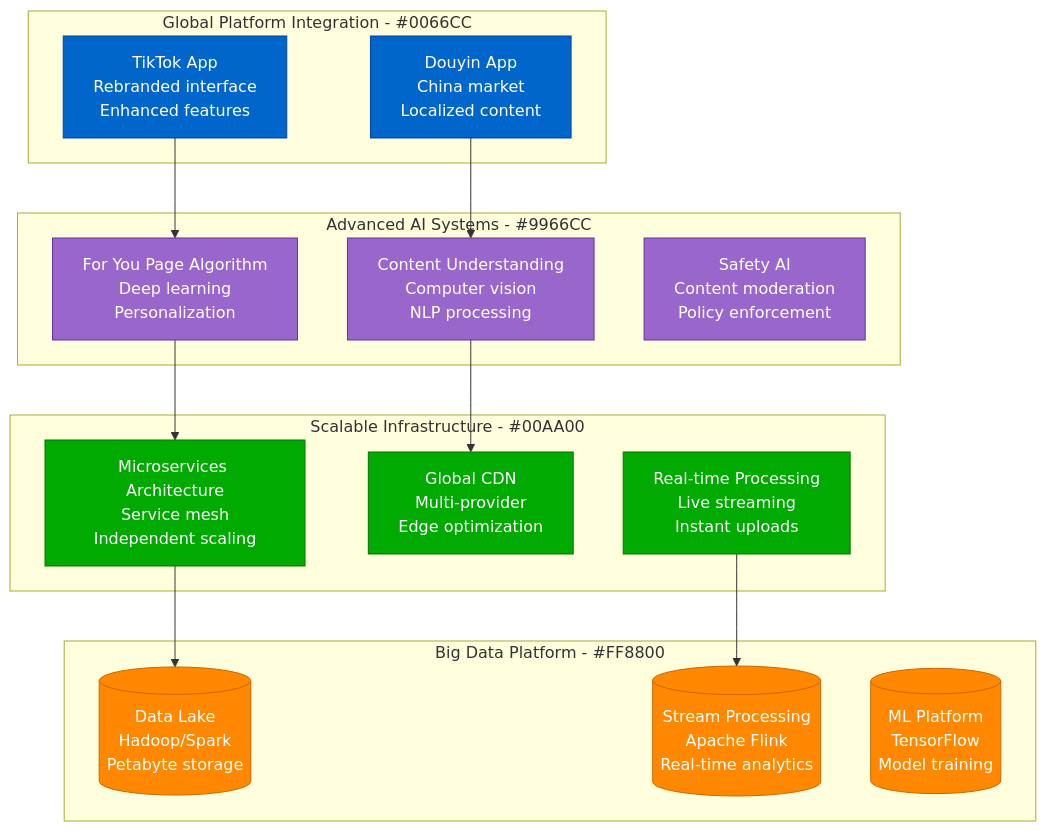
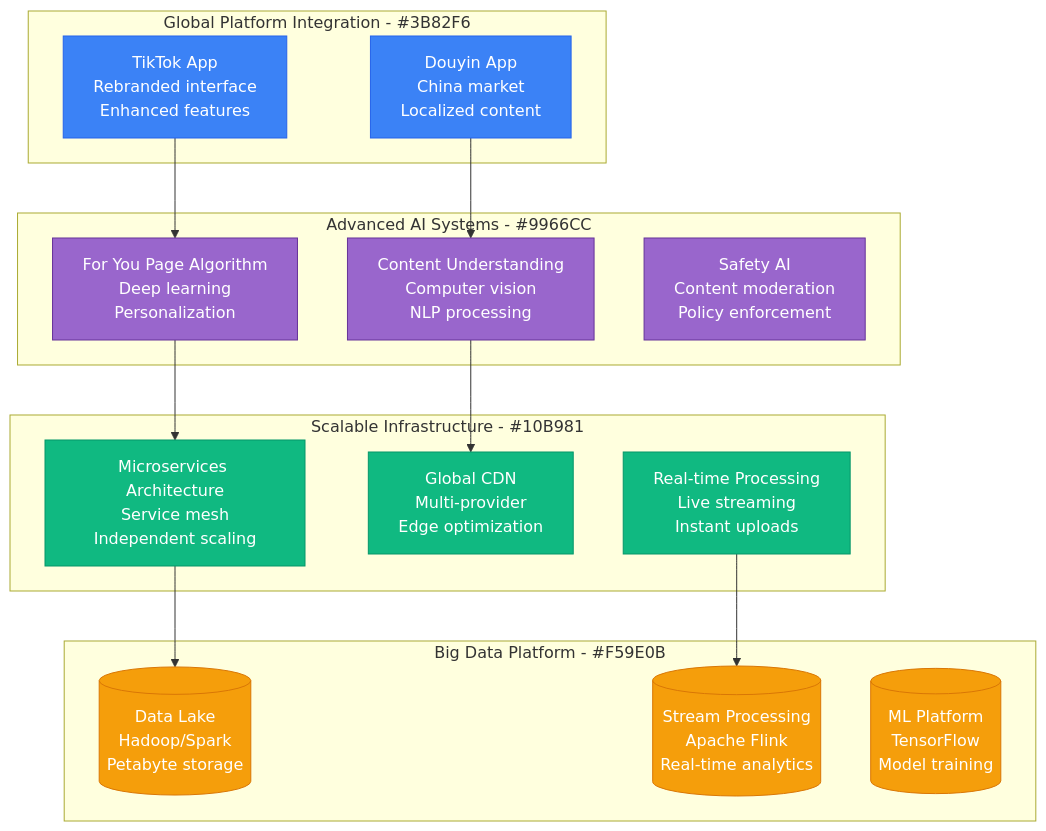
One commit to deepaucksharma/DS changed the second of 3 diagrams in site/docs/scaling/tiktok-scale-evolution.md. Above: the diagram before and after it, drawn with Mermaid. The commit also changed other lines of this file and 187 other files, not shown here.

````diff
--- a/site/docs/scaling/tiktok-scale-evolution.md
+++ b/site/docs/scaling/tiktok-scale-evolution.md
@@ -74,42 +74,42 @@
 ```mermaid
 graph TB
-    subgraph GlobalPlatform[Global Platform Integration - #0066CC]
+    subgraph GlobalPlatform[Global Platform Integration - #3B82F6]
         TIKTOK_APP[TikTok App<br/>Rebranded interface<br/>Enhanced features]
         DOUYIN_APP[Douyin App<br/>China market<br/>Localized content]
     end
 
     subgraph AdvancedAI[Advanced AI Systems - #9966CC]
         FYP_ALGORITHM[For You Page Algorithm<br/>Deep learning<br/>Personalization]
         CONTENT_UNDERSTANDING[Content Understanding<br/>Computer vision<br/>NLP processing]
         SAFETY_AI[Safety AI<br/>Content moderation<br/>Policy enforcement]
     end
 
-    subgraph ScalableInfra[Scalable Infrastructure - #00AA00]
+    subgraph ScalableInfra[Scalable Infrastructure - #10B981]
         MICROSERVICES[Microservices Architecture<br/>Service mesh<br/>Independent scaling]
         GLOBAL_CDN[Global CDN<br/>Multi-provider<br/>Edge optimization]
         REAL_TIME[Real-time Processing<br/>Live streaming<br/>Instant uploads]
     end
 
-    subgraph BigData[Big Data Platform - #FF8800]
+    subgraph BigData[Big Data Platform - #F59E0B]
         DATA_LAKE[(Data Lake<br/>Hadoop/Spark<br/>Petabyte storage)]
         STREAM_PROCESSING[(Stream Processing<br/>Apache Flink<br/>Real-time analytics)]
         ML_PLATFORM[(ML Platform<br/>TensorFlow<br/>Model training)]
     end
 
     TIKTOK_APP --> FYP_ALGORITHM
     DOUYIN_APP --> CONTENT_UNDERSTANDING
     FYP_ALGORITHM --> MICROSERVICES
     CONTENT_UNDERSTANDING --> GLOBAL_CDN
     MICROSERVICES --> DATA_LAKE
     REAL_TIME --> STREAM_PROCESSING
 
-    classDef platformStyle fill:#0066CC,stroke:#004499,color:#fff
+    classDef platformStyle fill:#3B82F6,stroke:#2563EB,color:#fff
     classDef aiStyle fill:#9966CC,stroke:#663399,color:#fff
-    classDef infraStyle fill:#00AA00,stroke:#007700,color:#fff
-    classDef dataStyle fill:#FF8800,stroke:#CC6600,color:#fff
+    classDef infraStyle fill:#10B981,stroke:#059669,color:#fff
+    classDef dataStyle fill:#F59E0B,stroke:#D97706,color:#fff
 
     class TIKTOK_APP,DOUYIN_APP platformStyle
     class FYP_ALGORITHM,CONTENT_UNDERSTANDING,SAFETY_AI aiStyle
     class MICROSERVICES,GLOBAL_CDN,REAL_TIME infraStyle
     class DATA_LAKE,STREAM_PROCESSING,ML_PLATFORM dataStyle
 ```
````
